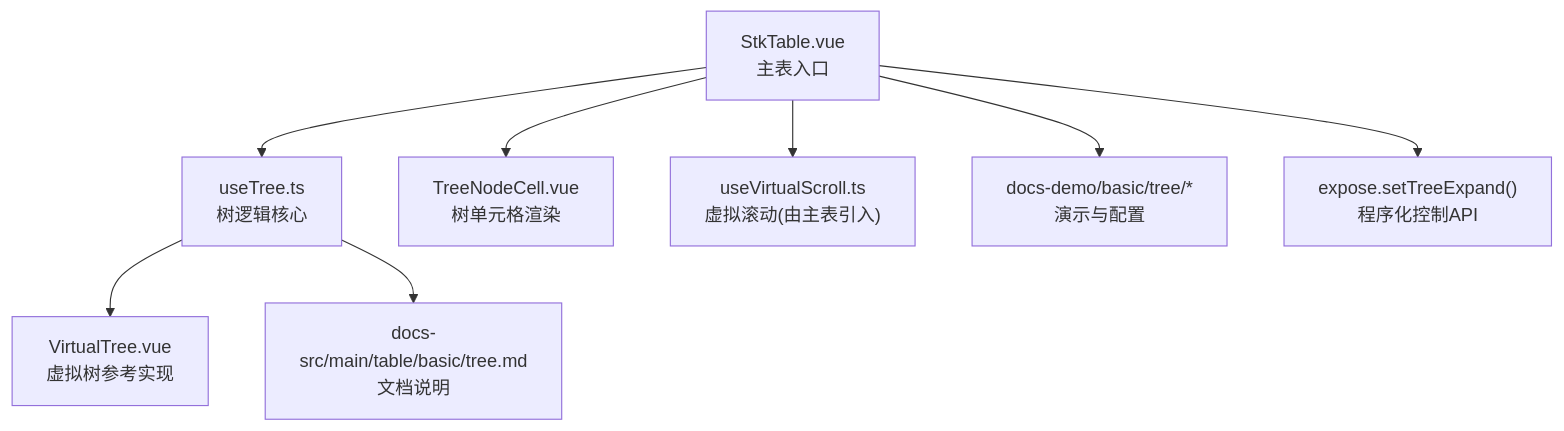
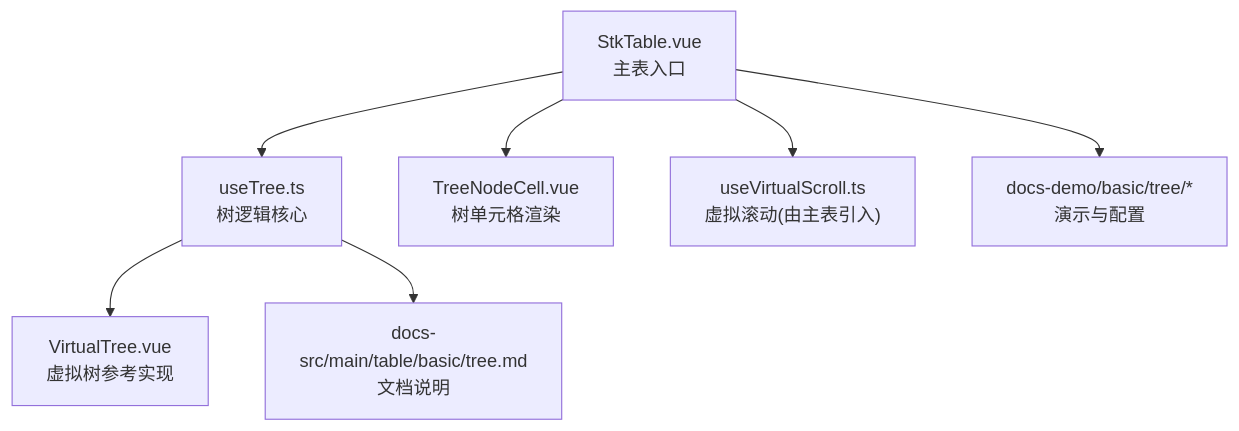
One commit to ja-plus/stk-table-vue changed the first of 6 diagrams in .qoder/repowiki/zh/content/高级功能/树形数据.md. Above: the diagram before and after it, drawn with Mermaid. The commit also changed other lines of this file and 47 other files, not shown here.

````diff
--- a/.qoder/repowiki/zh/content/高级功能/树形数据.md
+++ b/.qoder/repowiki/zh/content/高级功能/树形数据.md
@@ -54,10 +52,9 @@
 ```mermaid
 graph TB
 A["StkTable.vue<br/>主表入口"] --> B["useTree.ts<br/>树逻辑核心"]
 A --> C["TreeNodeCell.vue<br/>树单元格渲染"]
 A --> D["useVirtualScroll.ts<br/>虚拟滚动(由主表引入)"]
 B --> E["VirtualTree.vue<br/>虚拟树参考实现"]
 A --> F["docs-demo/basic/tree/*<br/>演示与配置"]
 B --> G["docs-src/main/table/basic/tree.md<br/>文档说明"]
-A --> H["expose.setTreeExpand()<br/>程序化控制API"]
 ```
````
